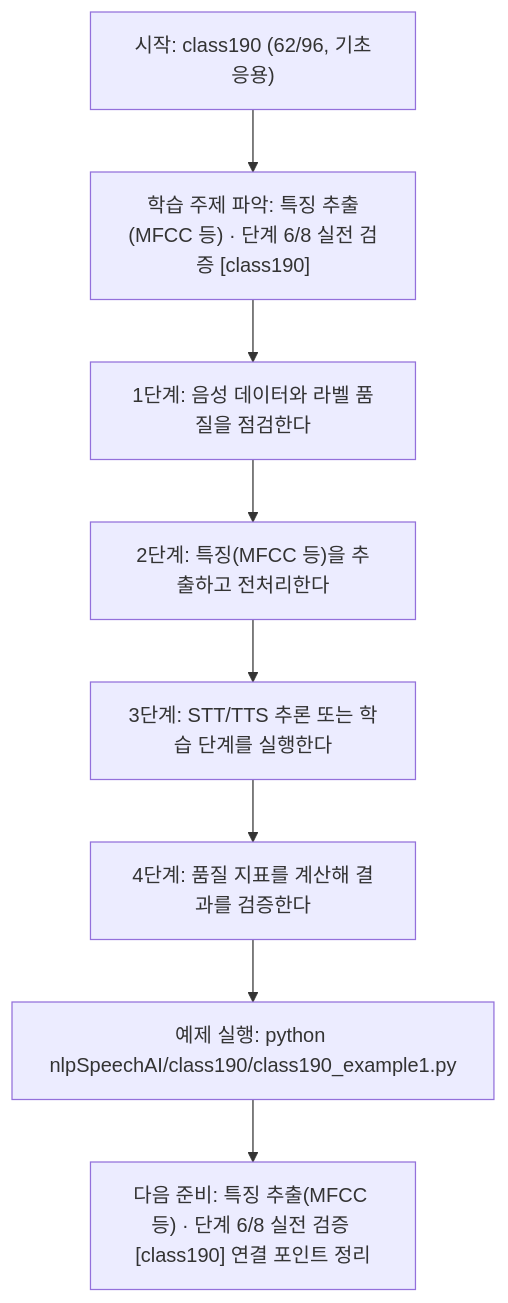
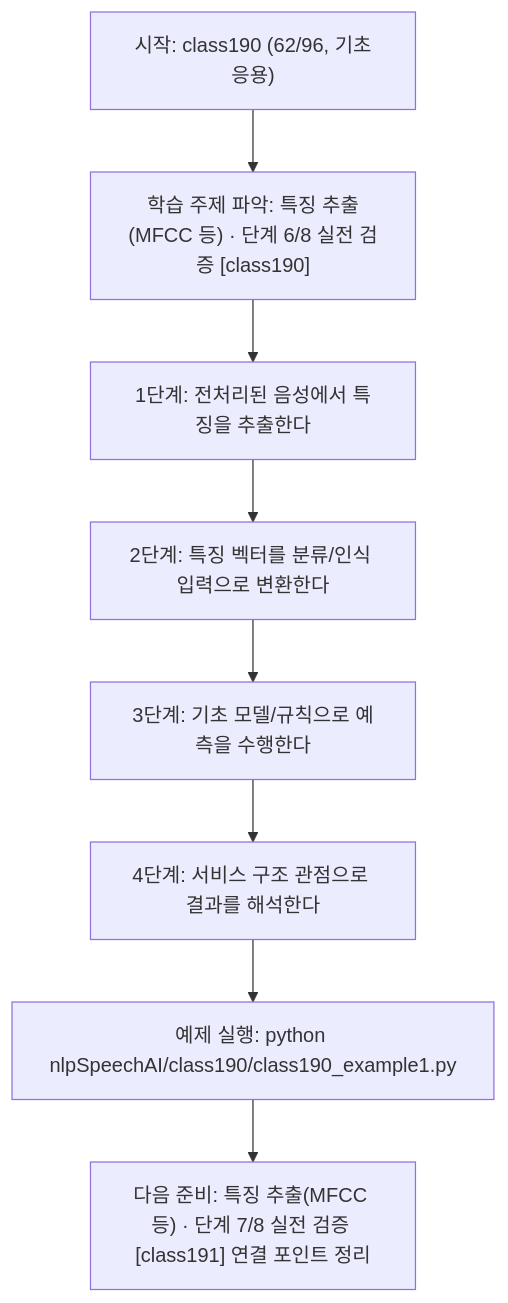
Before and after one commit to edumgt/Python-AI_Agent-Class: the diagram in nlpSpeechAI/class190/class190.md, drawn with Mermaid. The commit also changed other lines of this file and 1122 other files, not shown here.

````diff
--- a/nlpSpeechAI/class190/class190.md
+++ b/nlpSpeechAI/class190/class190.md
@@ -114,18 +95,18 @@
 ```mermaid
 flowchart TD
 N1["시작: class190 (62/96, 기초응용)"]
 N2["학습 주제 파악: 특징 추출(MFCC 등) · 단계 6/8 실전 검증 [class190]"]
-N3["1단계: 음성 데이터와 라벨 품질을 점검한다"]
-N4["2단계: 특징(MFCC 등)을 추출하고 전처리한다"]
-N5["3단계: STT/TTS 추론 또는 학습 단계를 실행한다"]
-N6["4단계: 품질 지표를 계산해 결과를 검증한다"]
+N3["1단계: 전처리된 음성에서 특징을 추출한다"]
+N4["2단계: 특징 벡터를 분류/인식 입력으로 변환한다"]
+N5["3단계: 기초 모델/규칙으로 예측을 수행한다"]
+N6["4단계: 서비스 구조 관점으로 결과를 해석한다"]
 N7["예제 실행: python nlpSpeechAI/class190/class190_example1.py"]
-N8["다음 준비: 특징 추출(MFCC 등) · 단계 6/8 실전 검증 [class190] 연결 포인트 정리"]
+N8["다음 준비: 특징 추출(MFCC 등) · 단계 7/8 실전 검증 [class191] 연결 포인트 정리"]
 N1 --> N2
 N2 --> N3
 N3 --> N4
 N4 --> N5
 N5 --> N6
 N6 --> N7
 N7 --> N8
 ```
````
